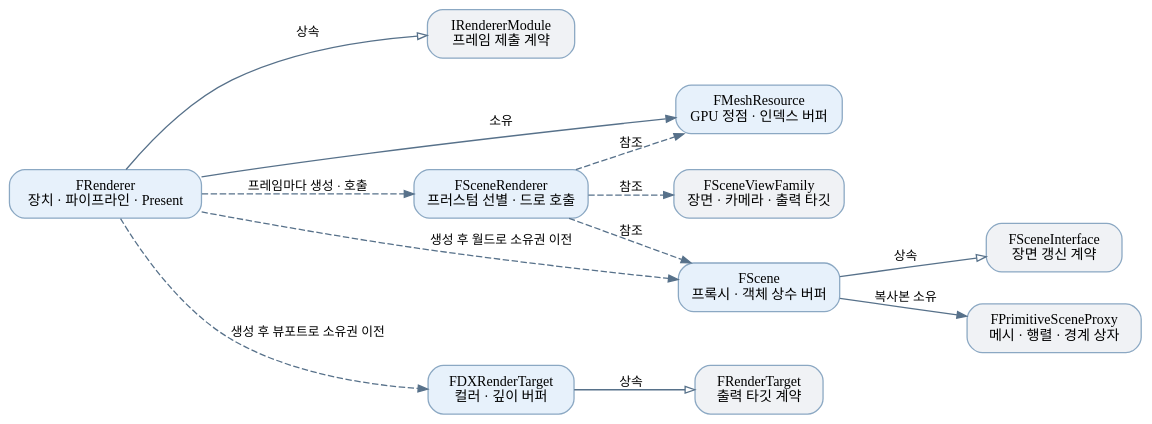
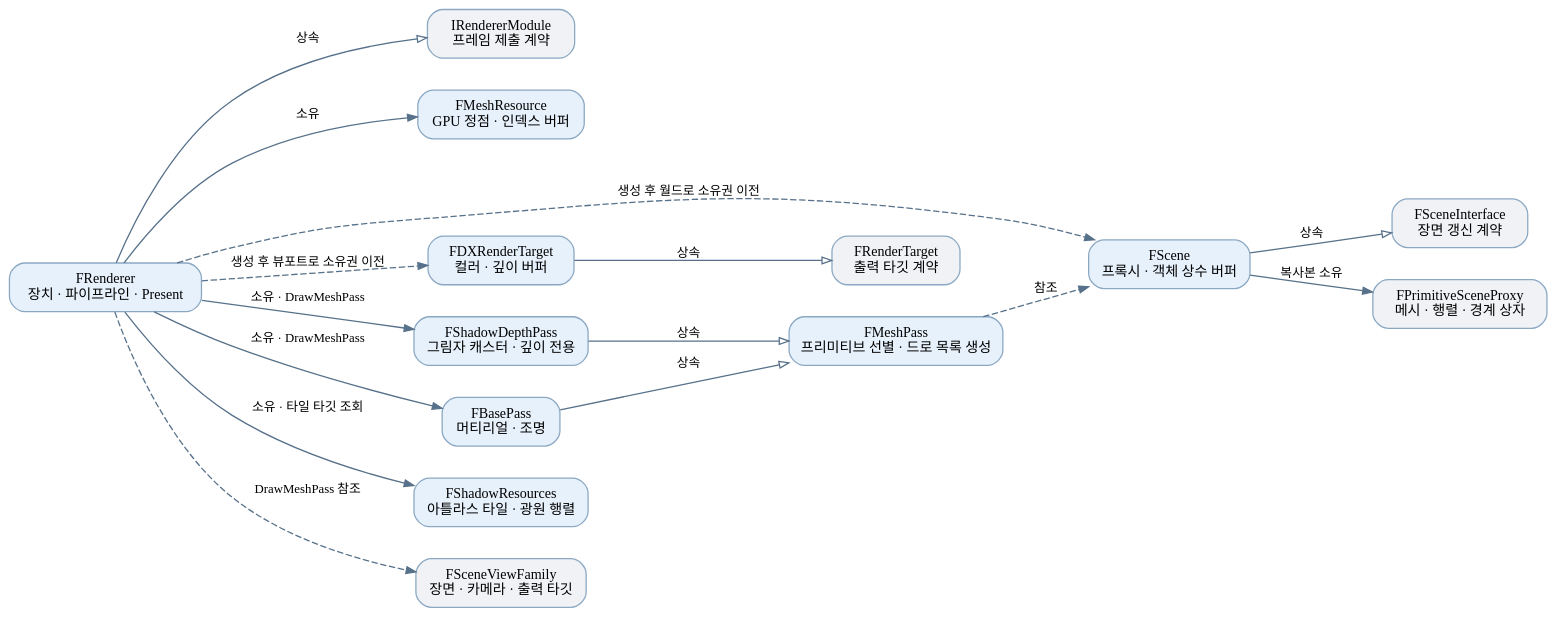
The diagram in Docs/Graphs/Renderer.dot (wewe231223/Macaw), drawn with Graphviz before and after one commit. The commit also changed 23 other files, not shown here.

```diff
--- a/Docs/Graphs/Renderer.dot
+++ b/Docs/Graphs/Renderer.dot
@@ -1,26 +1,32 @@
 digraph Renderer {
     graph [rankdir=LR, bgcolor="transparent", fontname="Malgun Gothic", nodesep=0.35, ranksep=0.65, pad=0.2];
     node [shape=box, style="rounded,filled", fillcolor="#e7f1fb", color="#8ba8c3", fontname="Malgun Gothic", fontsize=11, margin="0.16,0.10"];
     edge [color="#57718a", fontname="Malgun Gothic", fontsize=10, arrowsize=0.75];
     Module [label="IRendererModule\n프레임 제출 계약", fillcolor="#f0f2f5"];
     Renderer [label="FRenderer\n장치 · 파이프라인 · Present"];
     Mesh [label="FMeshResource\nGPU 정점 · 인덱스 버퍼"];
     Scene [label="FScene\n프록시 · 객체 상수 버퍼"];
     SceneInterface [label="FSceneInterface\n장면 갱신 계약", fillcolor="#f0f2f5"];
     Proxy [label="FPrimitiveSceneProxy\n메시 · 행렬 · 경계 상자", fillcolor="#f0f2f5"];
     Target [label="FDXRenderTarget\n컬러 · 깊이 버퍼"];
     TargetInterface [label="FRenderTarget\n출력 타깃 계약", fillcolor="#f0f2f5"];
-    SceneRenderer [label="FSceneRenderer\n프러스텀 선별 · 드로 호출"];
+    MeshPass [label="FMeshPass\n프리미티브 선별 · 드로 목록 생성"];
+    ShadowDepthPass [label="FShadowDepthPass\n그림자 캐스터 · 깊이 전용"];
+    BasePass [label="FBasePass\n머티리얼 · 조명"];
+    Shadow [label="FShadowResources\n아틀라스 타일 · 광원 행렬"];
     Family [label="FSceneViewFamily\n장면 · 카메라 · 출력 타깃", fillcolor="#f0f2f5"];
     Renderer -> Module [label="상속", arrowhead=empty];
     Renderer -> Mesh [label="소유"];
-    Renderer -> SceneRenderer [label="프레임마다 생성 · 호출", style=dashed];
+    Renderer -> ShadowDepthPass [label="소유 · DrawMeshPass"];
+    Renderer -> BasePass [label="소유 · DrawMeshPass"];
+    ShadowDepthPass -> MeshPass [label="상속", arrowhead=empty];
+    BasePass -> MeshPass [label="상속", arrowhead=empty];
+    MeshPass -> Scene [label="참조", style=dashed];
+    Renderer -> Shadow [label="소유 · 타일 타깃 조회"];
     Renderer -> Scene [label="생성 후 월드로 소유권 이전", style=dashed];
     Renderer -> Target [label="생성 후 뷰포트로 소유권 이전", style=dashed];
     Scene -> SceneInterface [label="상속", arrowhead=empty];
     Scene -> Proxy [label="복사본 소유"];
     Target -> TargetInterface [label="상속", arrowhead=empty];
-    SceneRenderer -> Family [label="참조", style=dashed];
-    SceneRenderer -> Scene [label="참조", style=dashed];
-    SceneRenderer -> Mesh [label="참조", style=dashed];
+    Renderer -> Family [label="DrawMeshPass 참조", style=dashed];
 }
```
